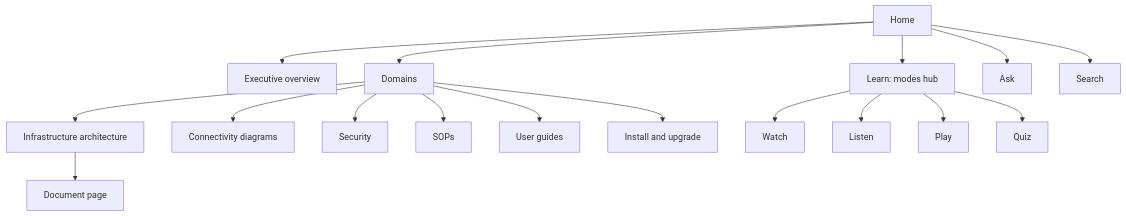
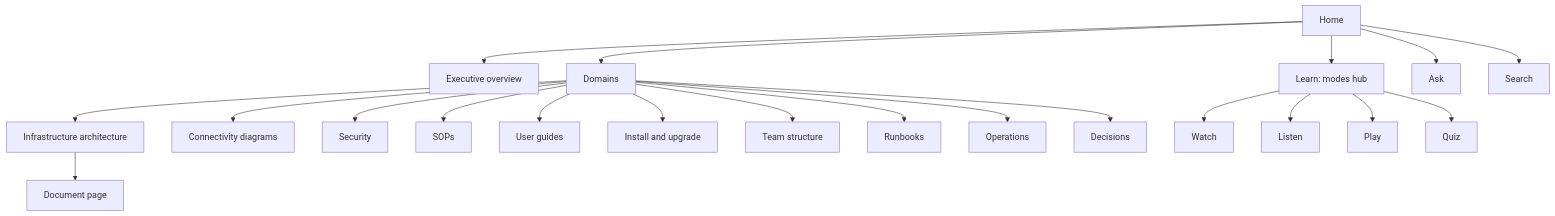
One commit to e1-rahabok/private-cloud-explained changed the diagram in docs/06-site-design.md. Above: the diagram before and after it, drawn with Mermaid. The commit also changed other lines of this file and 13 other files, not shown here.

First line of the commit message:
Add team structure, runbook, operations and decision domains

````diff
--- a/docs/06-site-design.md
+++ b/docs/06-site-design.md
@@ -5,19 +5,23 @@
 ```mermaid
 flowchart TD
     H["Home"] --> E["Executive overview"]
     H --> D["Domains"]
     H --> L["Learn: modes hub"]
     H --> A["Ask"]
     H --> S["Search"]
     D --> D1["Infrastructure architecture"]
     D --> D2["Connectivity diagrams"]
     D --> D3["Security"]
     D --> D4["SOPs"]
     D --> D5["User guides"]
     D --> D6["Install and upgrade"]
+    D --> D7["Team structure"]
+    D --> D8["Runbooks"]
+    D --> D9["Operations"]
+    D --> D10["Decisions"]
     L --> L1["Watch"]
     L --> L2["Listen"]
     L --> L3["Play"]
     L --> L4["Quiz"]
     D1 --> P["Document page"]
 ```
````
